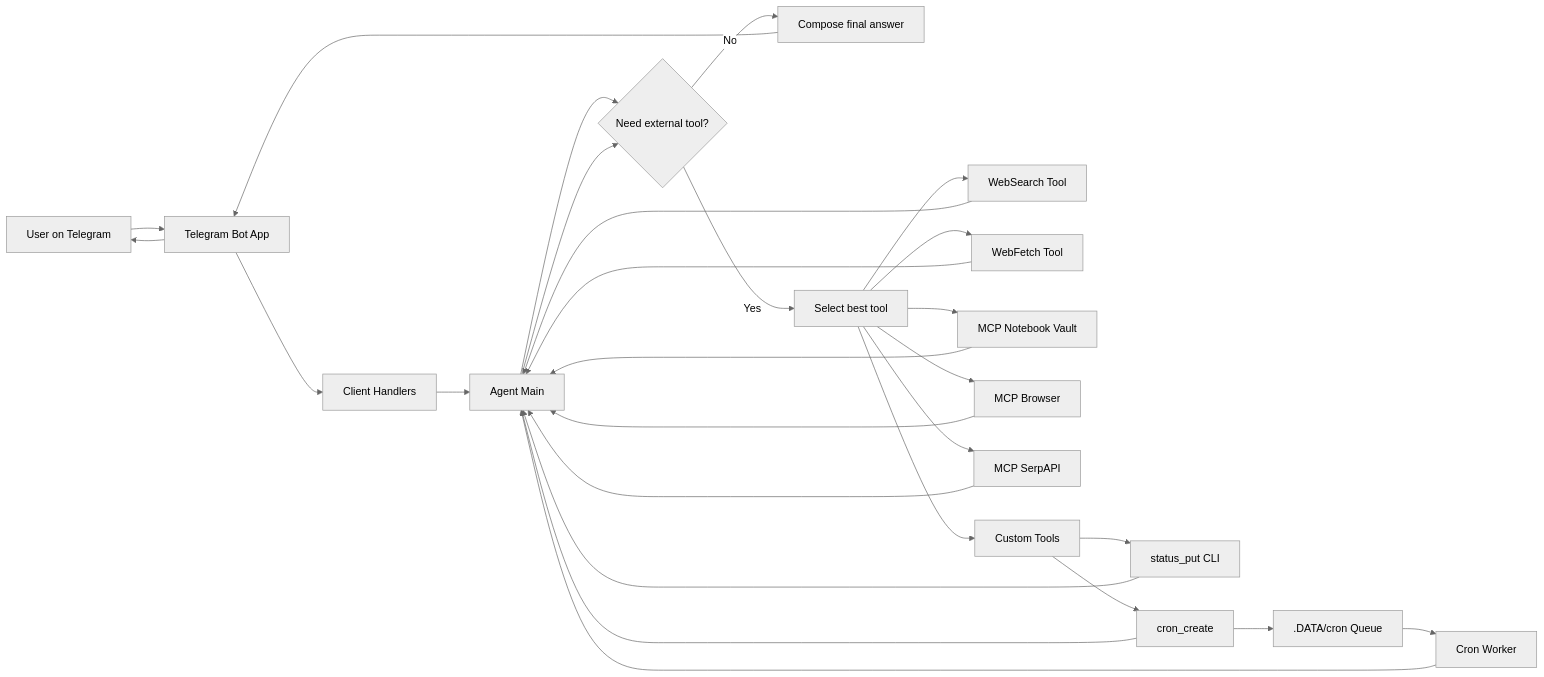
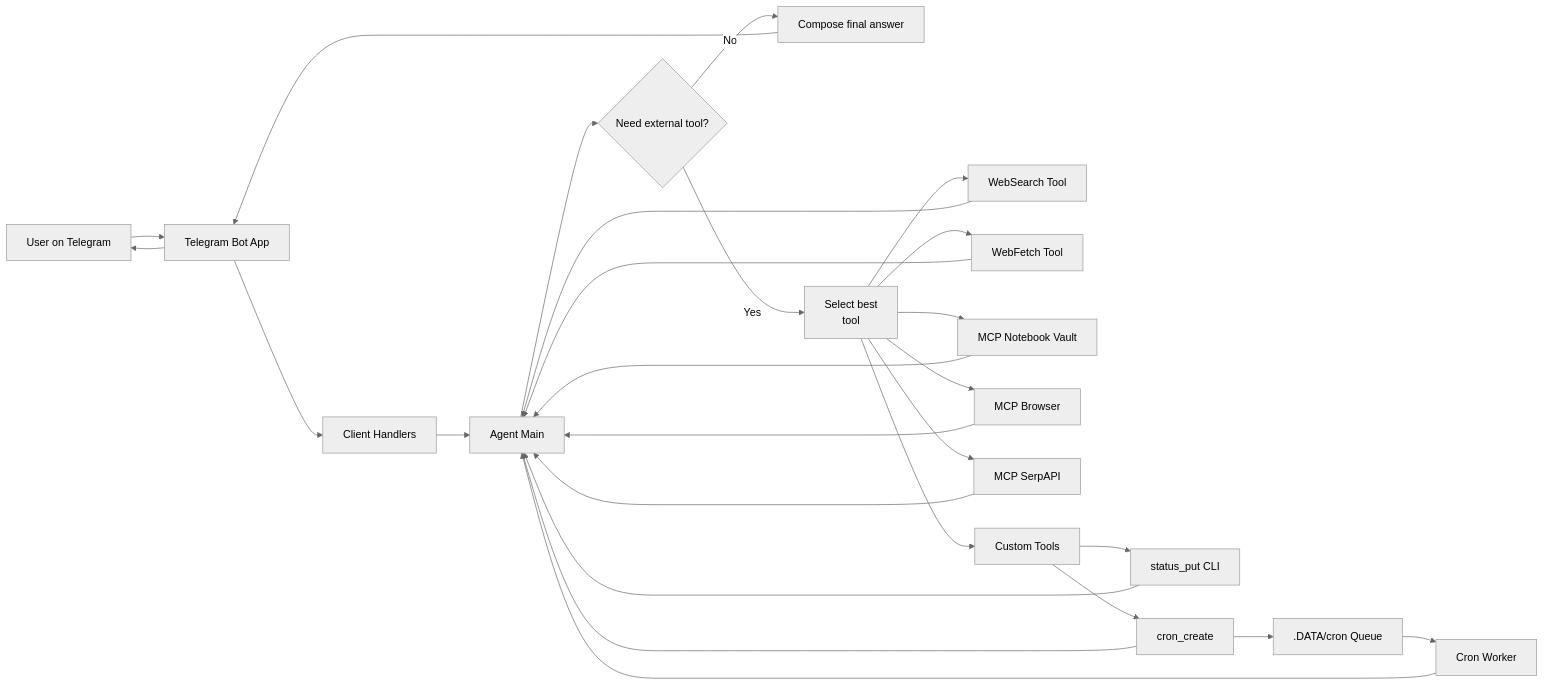
Before and after one commit to alaminkouser/website: the first of 3 diagrams in docs/source/ai-agent/index.md, drawn with Mermaid (neutral theme).

Commit message:
docs: update AI agent flowchart layout and remove redundant node connection

````diff
--- a/docs/source/ai-agent/index.md
+++ b/docs/source/ai-agent/index.md
@@ -78,34 +78,33 @@
 ```mermaid
 flowchart LR
     U[User on Telegram] --> B[Telegram Bot App]
     B --> H[Client Handlers]
     H --> A[Agent Main]
     A --> D{Need external tool?}
 
     D -- No --> R[Compose final answer]
-    D -- Yes --> X[Select best tool]
+    D -- Yes --> X[Select best<br/>tool]
 
     X --> T1[WebSearch Tool]
     X --> T2[WebFetch Tool]
     X --> MCP1[MCP Notebook Vault]
     X --> MCP2[MCP Browser]
     X --> MCP3[MCP SerpAPI]
     X --> CT[Custom Tools]
 
     CT --> SP[status_put CLI]
     CT --> CR[cron_create]
     T1 --> A
     T2 --> A
     MCP1 --> A
     MCP2 --> A
     MCP3 --> A
     SP --> A
     CR --> A
-    A --> D
 
     CR --> Q[.DATA/cron Queue]
     Q --> W[Cron Worker]
     W --> A
     R --> B
     B --> U
 ```
````
